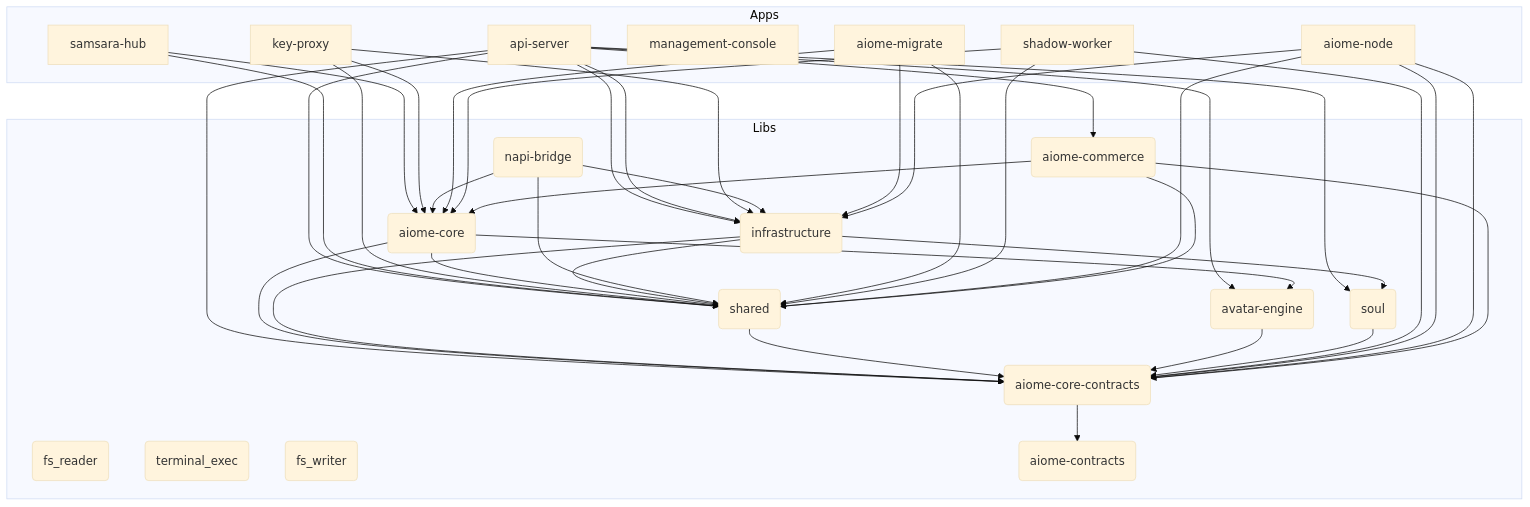
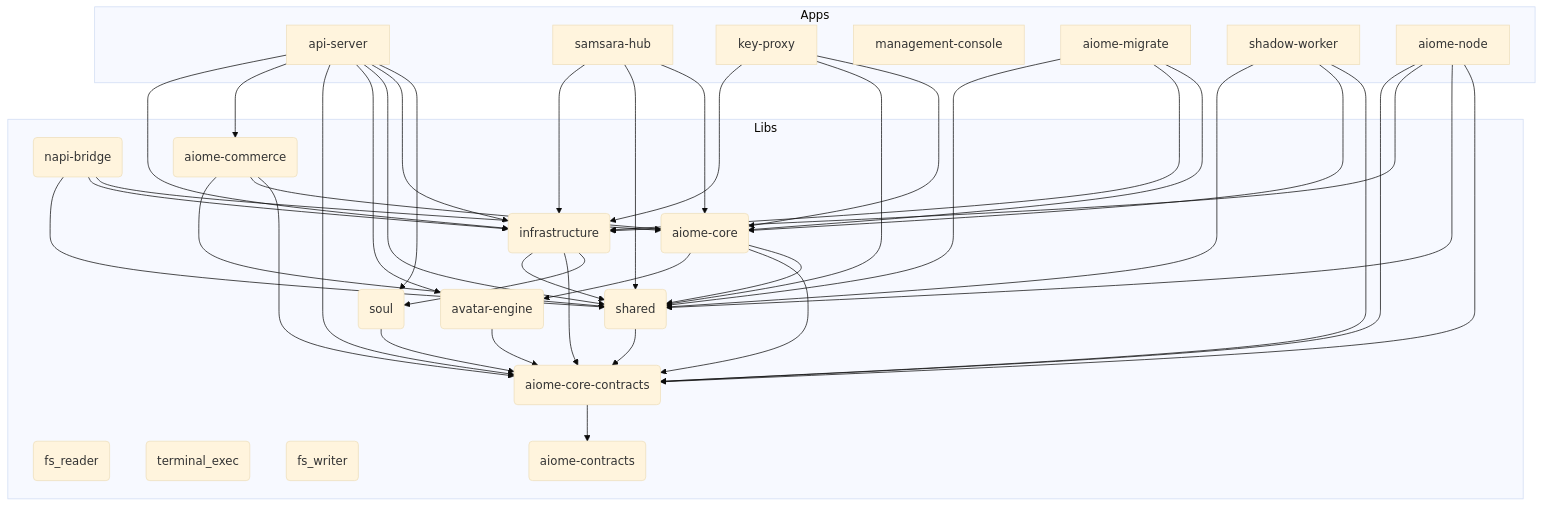
The diagram in ARCHITECTURE.md (for4xex-droid/modular-open-claw), drawn with Mermaid (base theme) before and after one commit. The commit also changed other lines of this file and 103 other files, not shown here.

````diff
--- a/ARCHITECTURE.md
+++ b/ARCHITECTURE.md
@@ -23,66 +23,67 @@
 ```mermaid
 graph TD
     subgraph Apps
         api-server[api-server]
         samsara-hub[samsara-hub]
         key-proxy[key-proxy]
         management-console[management-console]
         aiome-migrate[aiome-migrate]
         shadow-worker[shadow-worker]
         aiome-node[aiome-node]
     end
 
     subgraph Libs
         aiome-core(aiome-core)
         infrastructure(infrastructure)
         shared(shared)
         avatar-engine(avatar-engine)
         fs_reader(fs_reader)
         terminal_exec(terminal_exec)
         fs_writer(fs_writer)
         napi-bridge(napi-bridge)
         aiome-contracts(aiome-contracts)
         aiome-core-contracts(aiome-core-contracts)
         soul(soul)
         aiome-commerce(aiome-commerce)
     end
 
     api-server --> soul
     api-server --> infrastructure
     api-server --> shared
     api-server --> avatar-engine
     api-server --> aiome-core-contracts
     api-server --> aiome-commerce
     api-server --> infrastructure
     samsara-hub --> aiome-core
     samsara-hub --> shared
+    samsara-hub --> infrastructure
     key-proxy --> aiome-core
     key-proxy --> shared
     key-proxy --> infrastructure
     aiome-core --> shared
     aiome-core --> aiome-core-contracts
     aiome-core --> avatar-engine
     infrastructure --> soul
     infrastructure --> aiome-core-contracts
     infrastructure --> shared
     shared --> aiome-core-contracts
     avatar-engine --> aiome-core-contracts
     napi-bridge --> aiome-core
     napi-bridge --> infrastructure
     napi-bridge --> shared
     aiome-core-contracts --> aiome-contracts
     soul --> aiome-core-contracts
     aiome-migrate --> aiome-core
     aiome-migrate --> infrastructure
     aiome-migrate --> shared
     shadow-worker --> aiome-core-contracts
     shadow-worker --> aiome-core
     shadow-worker --> shared
     aiome-node --> aiome-core-contracts
     aiome-node --> shared
     aiome-node --> infrastructure
     aiome-node --> aiome-core-contracts
     aiome-commerce --> aiome-core-contracts
     aiome-commerce --> aiome-core
     aiome-commerce --> shared
 ```
````
